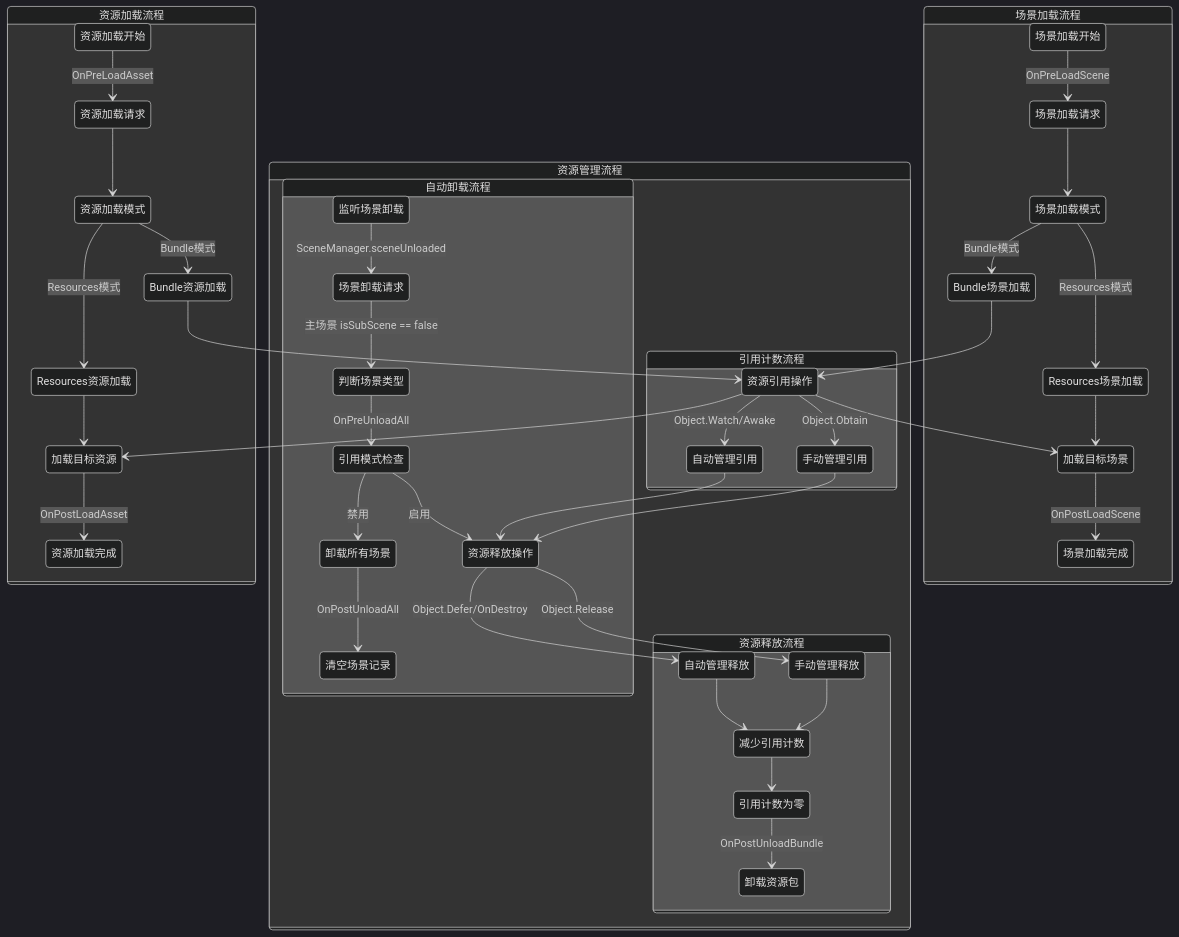
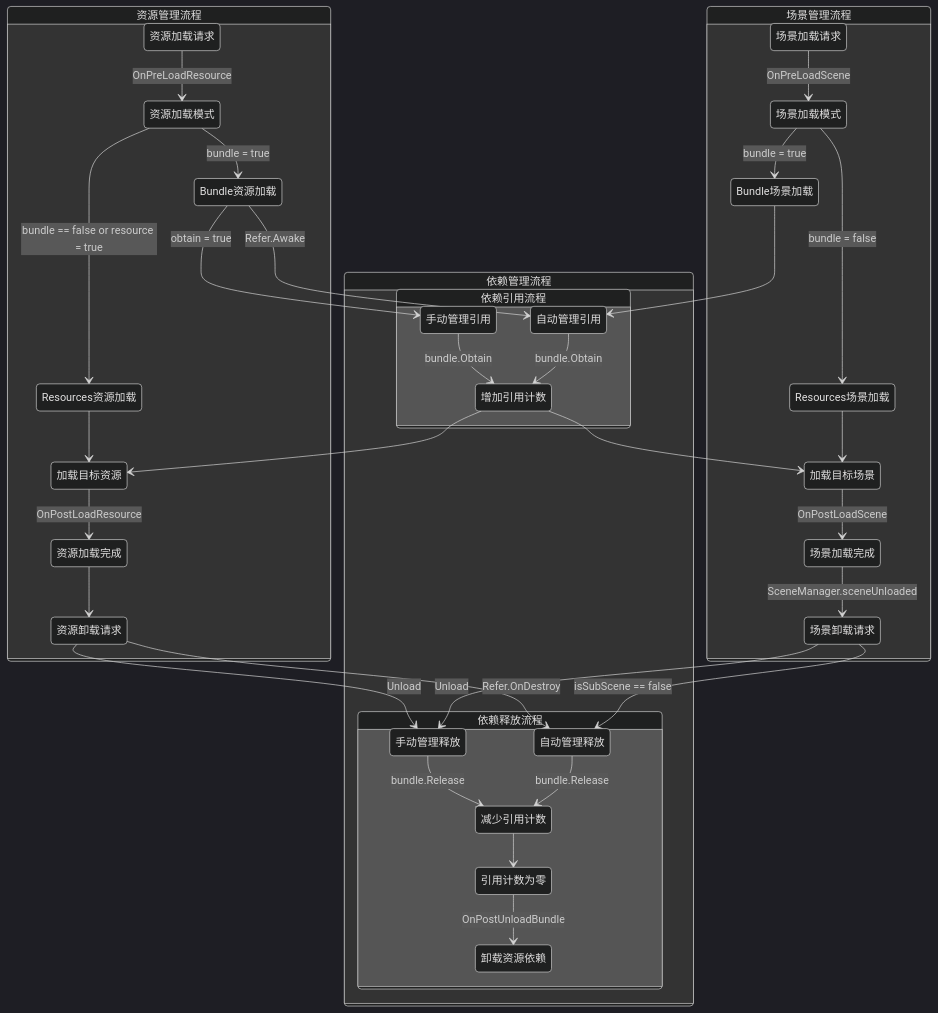
Before and after one commit to eframework-org/U3D.RES: the diagram in Documentation~/XAsset.Core.md, drawn with Mermaid (dark theme). The commit also changed other lines of this file and 1 other file, not shown here.

Commit message:
docs: 更新 Core 模块的流程时序图

````diff
--- a/Documentation~/XAsset.Core.md
+++ b/Documentation~/XAsset.Core.md
@@ -21,64 +21,54 @@
 ```mermaid
 stateDiagram-v2
     direction TB
 
-    state 资源加载流程 {
-        资源加载开始 --> 资源加载请求 : OnPreLoadAsset
-        资源加载请求 --> 资源加载模式
+    state 资源管理流程 {
+        资源加载请求 --> 资源加载模式 : OnPreLoadResource
         
-        资源加载模式 --> Bundle资源加载 : Bundle模式
-        资源加载模式 --> Resources资源加载 : Resources模式
+        资源加载模式 --> Bundle资源加载 : bundle = true
+        资源加载模式 --> Resources资源加载 : bundle == false or resource = true
         
-        Bundle资源加载 --> 资源引用操作
+        Bundle资源加载 --> 手动管理引用 : obtain = true
+        Bundle资源加载 --> 自动管理引用 : Refer.Awake
         Resources资源加载 --> 加载目标资源
         
-        资源引用操作 --> 加载目标资源
-        加载目标资源 --> 资源加载完成 : OnPostLoadAsset
+        增加引用计数 --> 加载目标资源
+        加载目标资源 --> 资源加载完成 : OnPostLoadResource
+
+        资源加载完成 --> 资源卸载请求
+        资源卸载请求 --> 手动管理释放: Unload
+        资源卸载请求 --> 自动管理释放: Refer.OnDestroy
     }
 
-    state 场景加载流程 {
-        场景加载开始 --> 场景加载请求 : OnPreLoadScene
-        场景加载请求 --> 场景加载模式
+    state 场景管理流程 {
+        场景加载请求 --> 场景加载模式 : OnPreLoadScene
         
-        场景加载模式 --> Bundle场景加载 : Bundle模式
-        场景加载模式 --> Resources场景加载 : Resources模式
+        场景加载模式 --> Bundle场景加载 : bundle = true
+        场景加载模式 --> Resources场景加载 : bundle = false
 
-        Bundle场景加载 --> 资源引用操作
+        Bundle场景加载 --> 自动管理引用
         Resources场景加载 --> 加载目标场景
         
-        资源引用操作 --> 加载目标场景
+        增加引用计数 --> 加载目标场景
         加载目标场景 --> 场景加载完成 : OnPostLoadScene
+
+        场景加载完成 --> 场景卸载请求 : SceneManager.sceneUnloaded
+        场景卸载请求 --> 手动管理释放: Unload
+        场景卸载请求 --> 自动管理释放 : isSubScene == false
     }
 
-    state 资源管理流程 {
-        state 引用计数流程 {
-            资源引用操作 --> 手动管理引用 : Object.Obtain
-            资源引用操作 --> 自动管理引用 : Object.Watch/Awake
-
-            手动管理引用 --> 资源释放操作
-            自动管理引用 --> 资源释放操作
+    state 依赖管理流程 {
+        state 依赖引用流程 {
+            手动管理引用 --> 增加引用计数 : bundle.Obtain
+            自动管理引用 --> 增加引用计数 : bundle.Obtain
         }
 
-        state 资源释放流程 {
-            资源释放操作 --> 手动管理释放 : Object.Release
-            资源释放操作 --> 自动管理释放 : Object.Defer/OnDestroy
-            
-            手动管理释放 --> 减少引用计数
-            自动管理释放 --> 减少引用计数
+        state 依赖释放流程 {
+            手动管理释放 --> 减少引用计数 : bundle.Release
+            自动管理释放 --> 减少引用计数 : bundle.Release
             
             减少引用计数 --> 引用计数为零
-            引用计数为零 --> 卸载资源包 : OnPostUnloadBundle
-        }
-
-        state 自动卸载流程 {
-            监听场景卸载 --> 场景卸载请求 : SceneManager.sceneUnloaded
-            场景卸载请求 --> 判断场景类型 : 主场景 isSubScene == false
-            判断场景类型 --> 引用模式检查 : OnPreUnloadAll
-            
-            引用模式检查 --> 资源释放操作 : 启用
-            引用模式检查 --> 卸载所有场景 : 禁用
-
-            卸载所有场景 --> 清空场景记录 : OnPostUnloadAll
+            引用计数为零 --> 卸载资源依赖 : OnPostUnloadBundle
         }
     }
 ```
````
